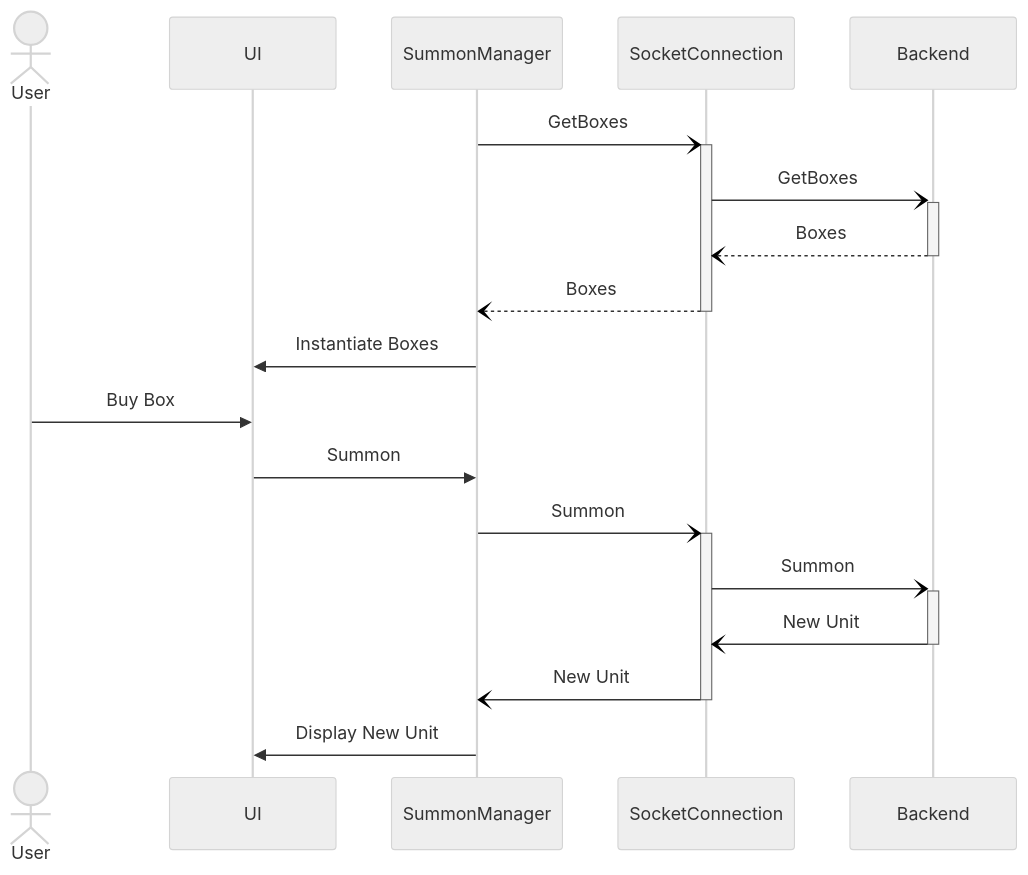
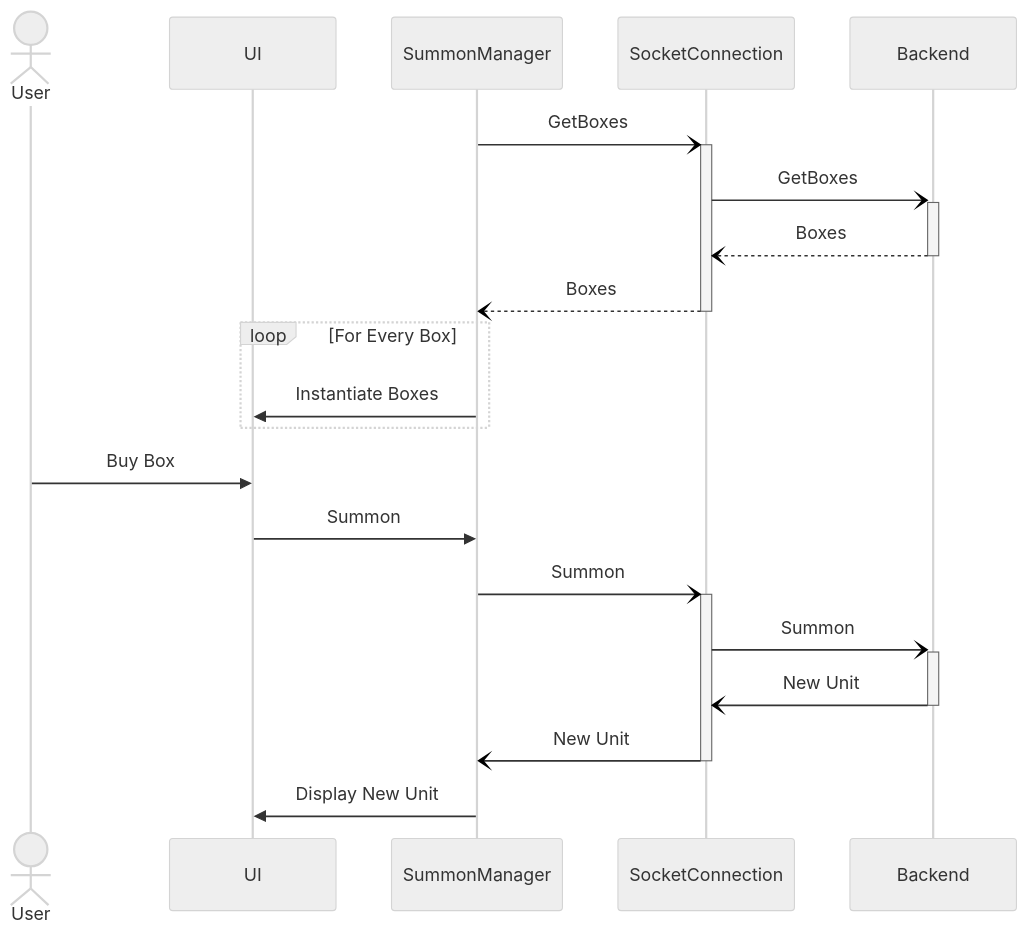
The second of 2 diagrams in README.md (lambdaclass/afk_gacha_game), drawn with Mermaid (neutral theme) before and after one commit. The commit also changed other lines of this file, not shown here.

Commit message:
client flow's description

````diff
--- a/README.md
+++ b/README.md
@@ -136,21 +154,23 @@
 ```mermaid
 	sequenceDiagram
 		actor User
 		participant UI
 		participant SummonManager
 		participant SocketConnection
 		participant Backend
 
 		SummonManager-)+SocketConnection: GetBoxes
 		SocketConnection-)+Backend: GetBoxes
 		Backend --)-SocketConnection: Boxes
 		SocketConnection --)-SummonManager: Boxes
-		SummonManager->>UI: Instantiate Boxes
+		loop For Every Box
+			SummonManager->>UI: Instantiate Boxes
+		end
 		User->>UI: Buy Box
 		UI->>SummonManager: Summon
 		SummonManager-)+SocketConnection: Summon
 		SocketConnection-)+Backend: Summon
 		Backend-)-SocketConnection: New Unit
 		SocketConnection-)-SummonManager: New Unit
 		SummonManager->>UI: Display New Unit
 ```
````
